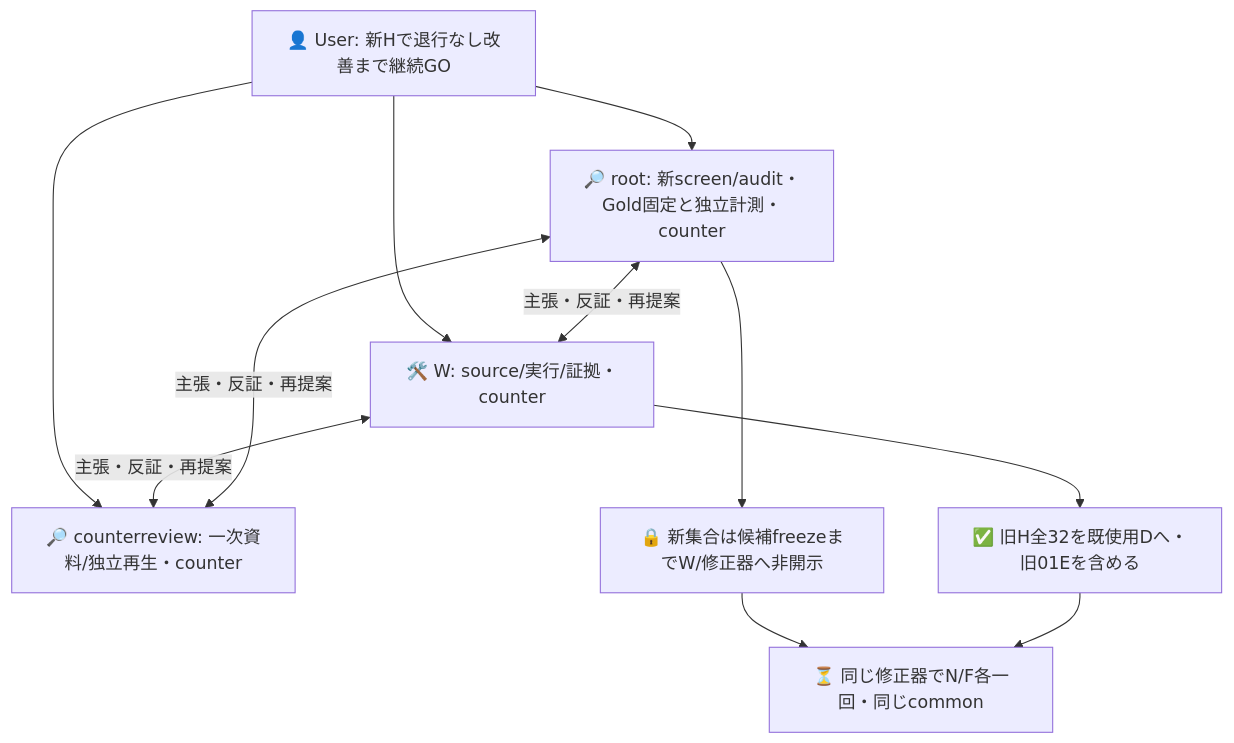
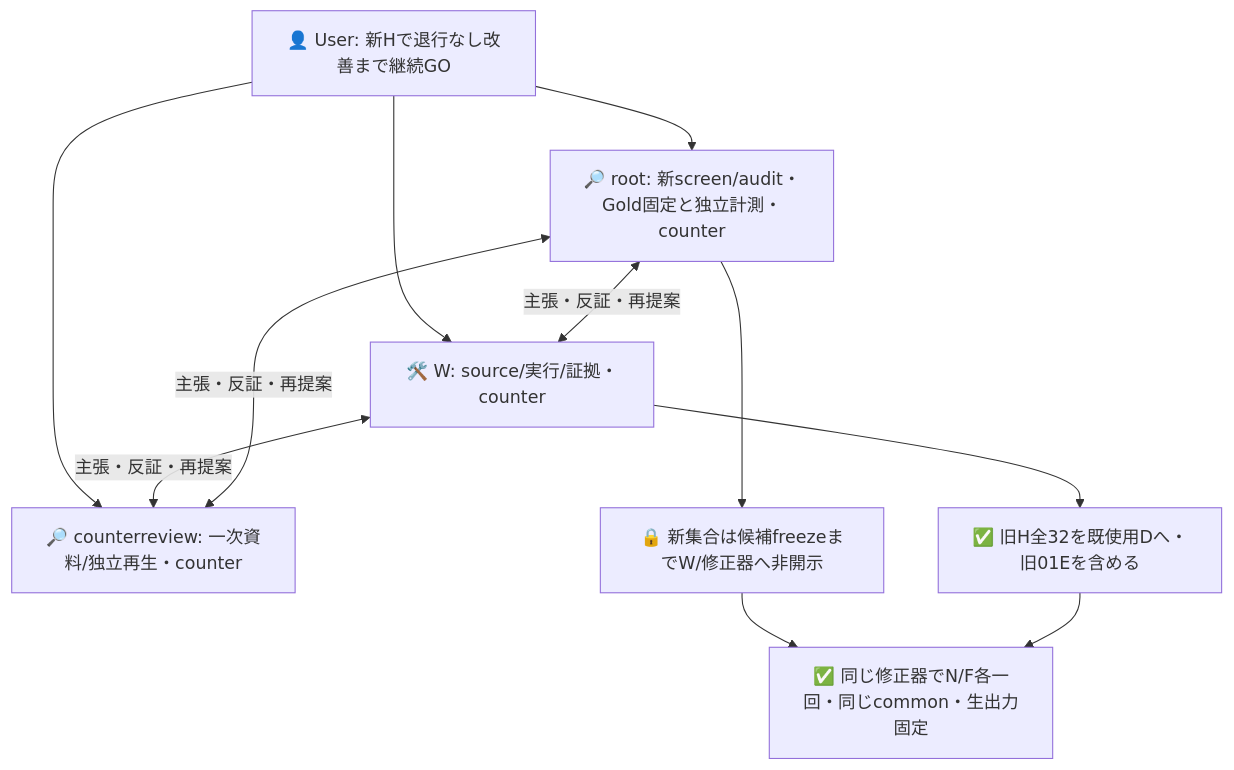
One commit to roccho-org/ops changed the first of 2 diagrams in experiments/sys1-eval-loop/regression/README.md. Above: the diagram before and after it, drawn with Mermaid. The commit also changed other lines of this file and 11 other files, not shown here.

````diff
--- a/experiments/sys1-eval-loop/regression/README.md
+++ b/experiments/sys1-eval-loop/regression/README.md
@@ -21,13 +21,13 @@
 ```mermaid
 flowchart TB
   U["👤 User: 新Hで退行なし改善まで継続GO"] --> R["🔎 root: 新screen/audit・Gold固定と独立計測・counter"]
   U --> W["🛠️ W: source/実行/証拠・counter"]
   U --> C["🔎 counterreview: 一次資料/独立再生・counter"]
   R <-->|主張・反証・再提案| W
   W <-->|主張・反証・再提案| C
   C <-->|主張・反証・再提案| R
   R --> K["🔒 新集合は候補freezeまでW/修正器へ非開示"]
   W --> D["✅ 旧H全32を既使用Dへ・旧01Eを含める"]
-  K --> F["⏳ 同じ修正器でN/F各一回・同じcommon"]
+  K --> F["✅ 同じ修正器でN/F各一回・同じcommon・生出力固定"]
   D --> F
 ```
````
